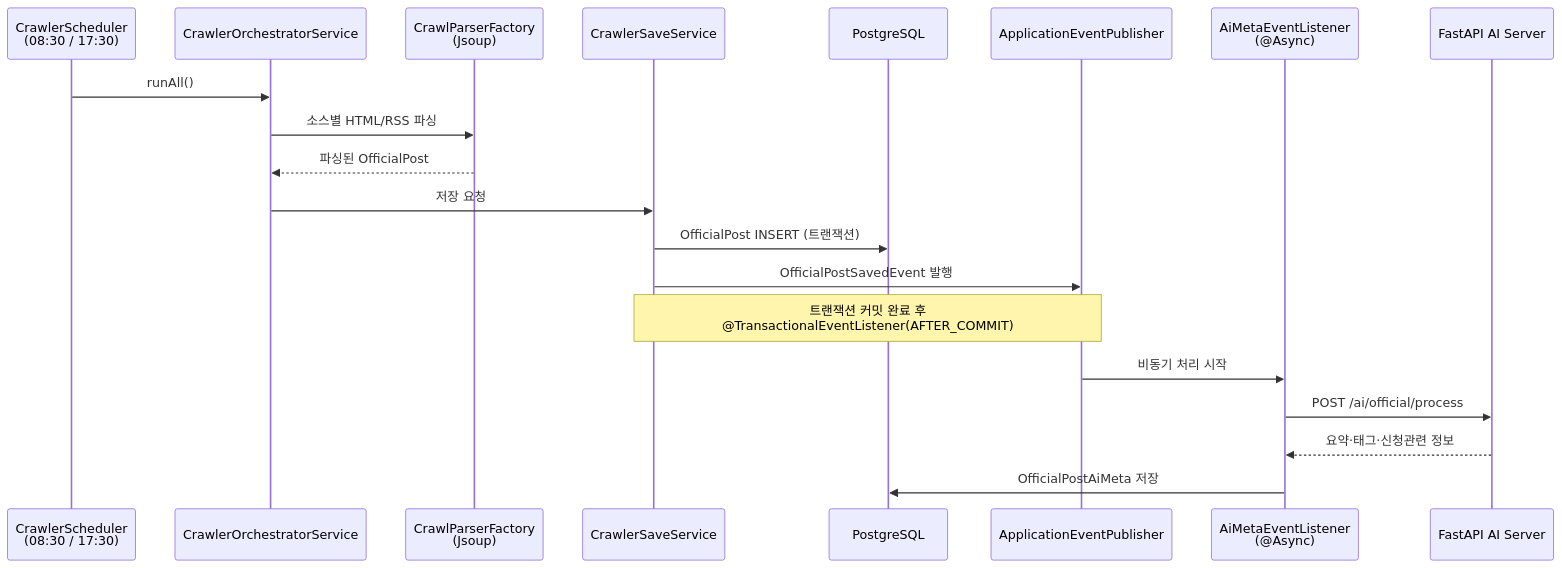
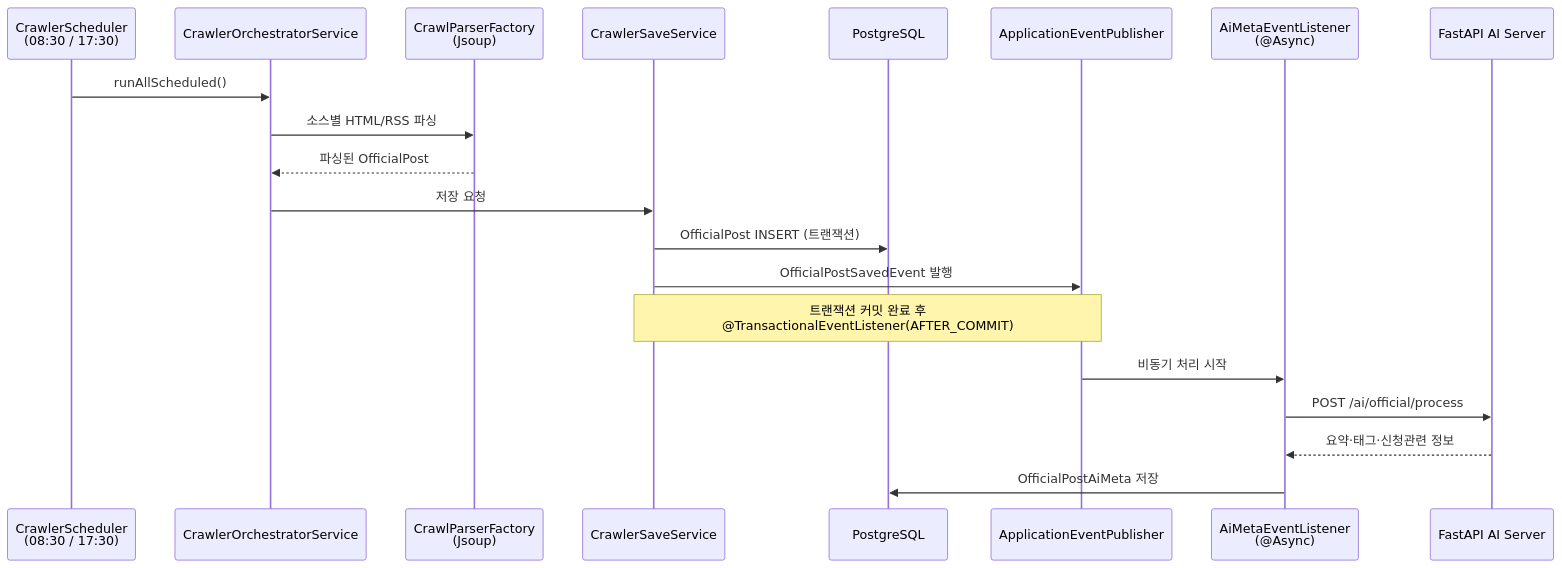
Before and after one commit to campus-navi/backend: the second of 4 diagrams in docs/architecture.md, drawn with Mermaid. The commit also changed other lines of this file and 7 other files, not shown here.

````diff
--- a/docs/architecture.md
+++ b/docs/architecture.md
@@ -105,23 +105,23 @@
 ```mermaid
 sequenceDiagram
     participant Scheduler as CrawlerScheduler<br/>(08:30 / 17:30)
     participant Crawler as CrawlerOrchestratorService
     participant Parser as CrawlParserFactory<br/>(Jsoup)
     participant Save as CrawlerSaveService
     participant DB as PostgreSQL
     participant Event as ApplicationEventPublisher
     participant Listener as AiMetaEventListener<br/>(@Async)
     participant AI as FastAPI AI Server
 
-    Scheduler->>Crawler: runAll()
+    Scheduler->>Crawler: runAllScheduled()
     Crawler->>Parser: 소스별 HTML/RSS 파싱
     Parser-->>Crawler: 파싱된 OfficialPost
     Crawler->>Save: 저장 요청
     Save->>DB: OfficialPost INSERT (트랜잭션)
     Save->>Event: OfficialPostSavedEvent 발행
     Note over Save,Event: 트랜잭션 커밋 완료 후<br/>@TransactionalEventListener(AFTER_COMMIT)
     Event->>Listener: 비동기 처리 시작
     Listener->>AI: POST /ai/official/process
     AI-->>Listener: 요약·태그·신청관련 정보
     Listener->>DB: OfficialPostAiMeta 저장
 ```
````
